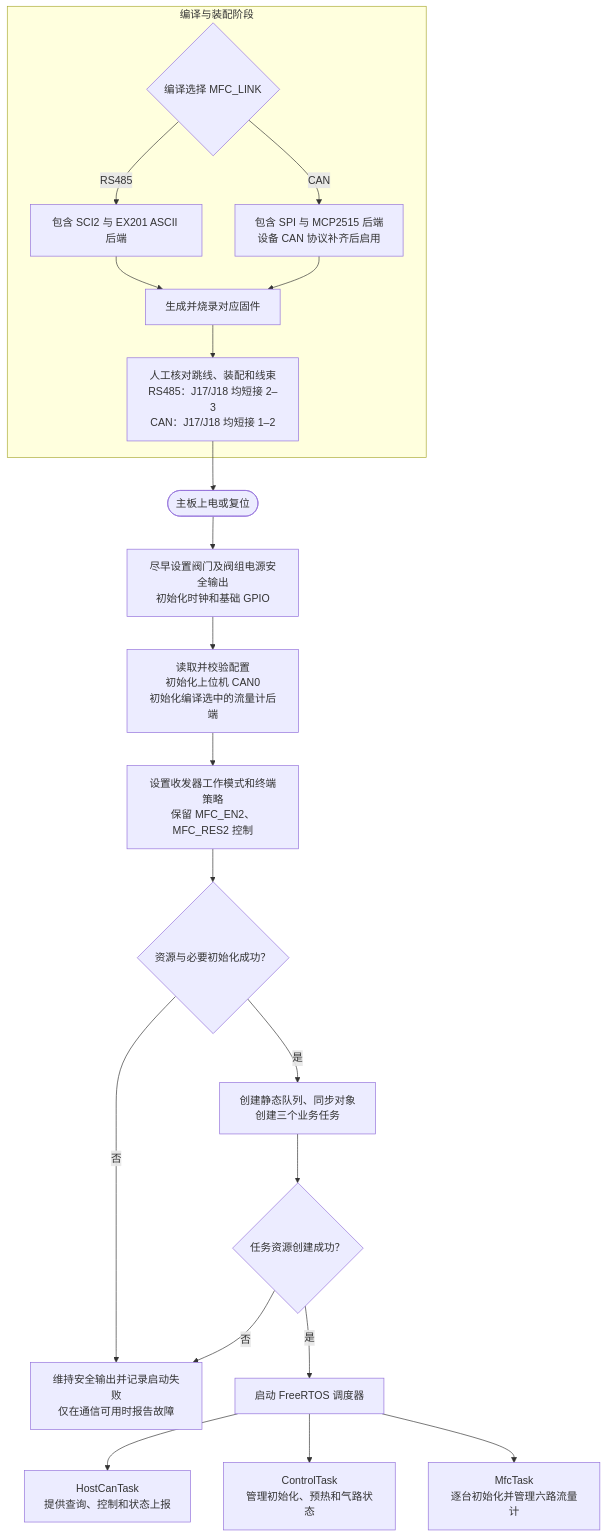
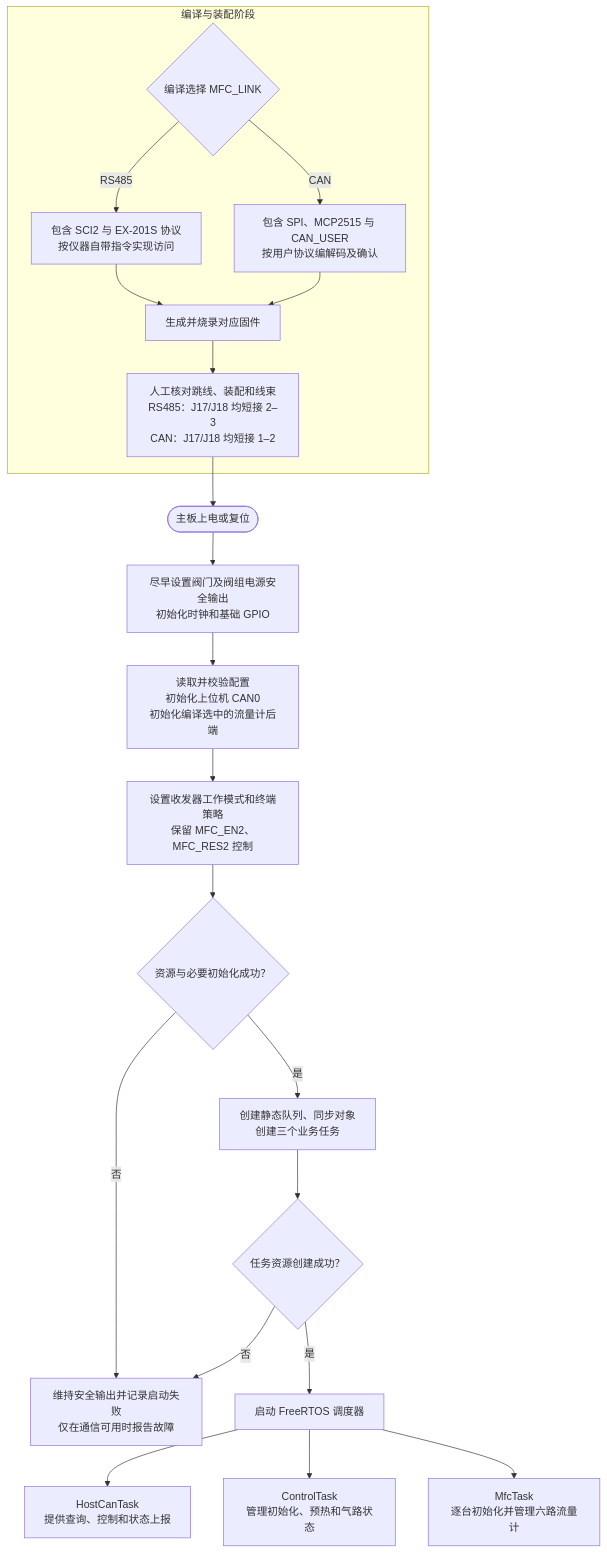
Before and after one commit to WIZYAN/gas-flowmeter-control: the first of 7 diagrams in doc/Design Document/主板软件运行流程-FreeRTOS.md, drawn with Mermaid. The commit also changed other lines of this file and 339 other files, not shown here.

````diff
--- a/doc/Design Document/主板软件运行流程-FreeRTOS.md
+++ b/doc/Design Document/主板软件运行流程-FreeRTOS.md
@@ -11,25 +15,25 @@
 ```mermaid
 flowchart TD
     subgraph BUILD[编译与装配阶段]
         B0{编译选择 MFC_LINK}
-        B0 -->|RS485| B1[包含 SCI2 与 EX201 ASCII 后端]
-        B0 -->|CAN| B2[包含 SPI 与 MCP2515 后端<br/>设备 CAN 协议补齐后启用]
+        B0 -->|RS485| B1[包含 SCI2 与 EX-201S 协议<br/>按仪器自带指令实现访问]
+        B0 -->|CAN| B2[包含 SPI、MCP2515 与 CAN_USER<br/>按用户协议编解码及确认]
         B1 --> B3[生成并烧录对应固件]
         B2 --> B3
         B3 --> B4[人工核对跳线、装配和线束<br/>RS485：J17/J18 均短接 2–3<br/>CAN：J17/J18 均短接 1–2]
     end
 
     B4 --> S0([主板上电或复位])
     S0 --> S1[尽早设置阀门及阀组电源安全输出<br/>初始化时钟和基础 GPIO]
     S1 --> S2[读取并校验配置<br/>初始化上位机 CAN0<br/>初始化编译选中的流量计后端]
     S2 --> S3[设置收发器工作模式和终端策略<br/>保留 MFC_EN2、MFC_RES2 控制]
     S3 --> S4{资源与必要初始化成功？}
     S4 -->|否| SE[维持安全输出并记录启动失败<br/>仅在通信可用时报告故障]
     S4 -->|是| S5[创建静态队列、同步对象<br/>创建三个业务任务]
     S5 --> S6{任务资源创建成功？}
     S6 -->|否| SE
     S6 -->|是| S7[启动 FreeRTOS 调度器]
     S7 --> H[HostCanTask<br/>提供查询、控制和状态上报]
     S7 --> C[ControlTask<br/>管理初始化、预热和气路状态]
     S7 --> M[MfcTask<br/>逐台初始化并管理六路流量计]
 ```
````
